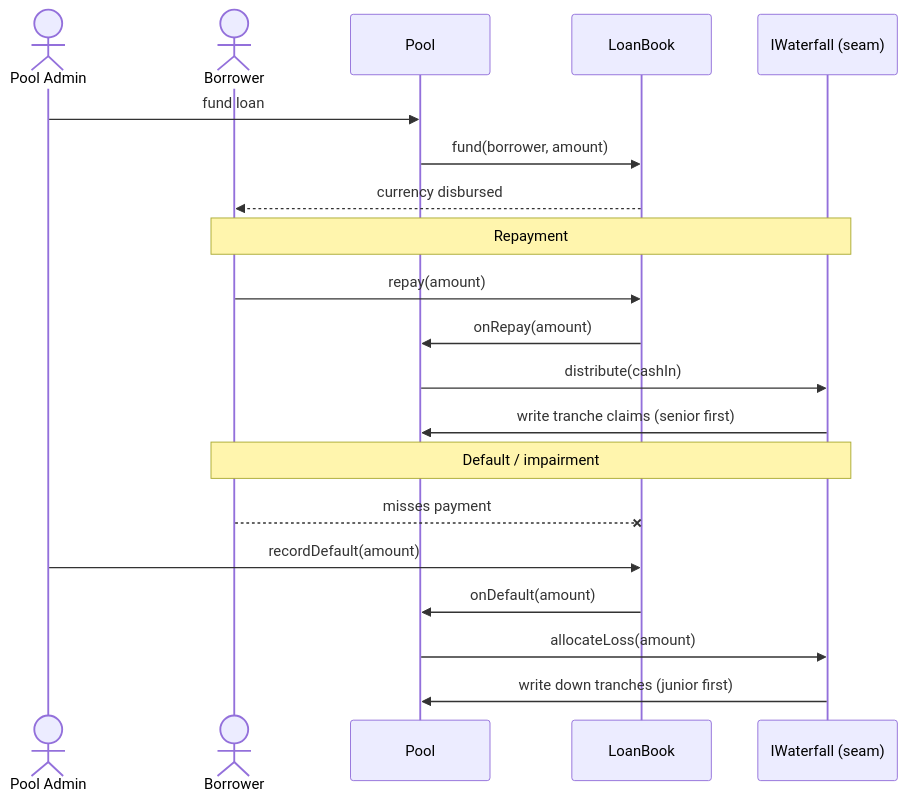
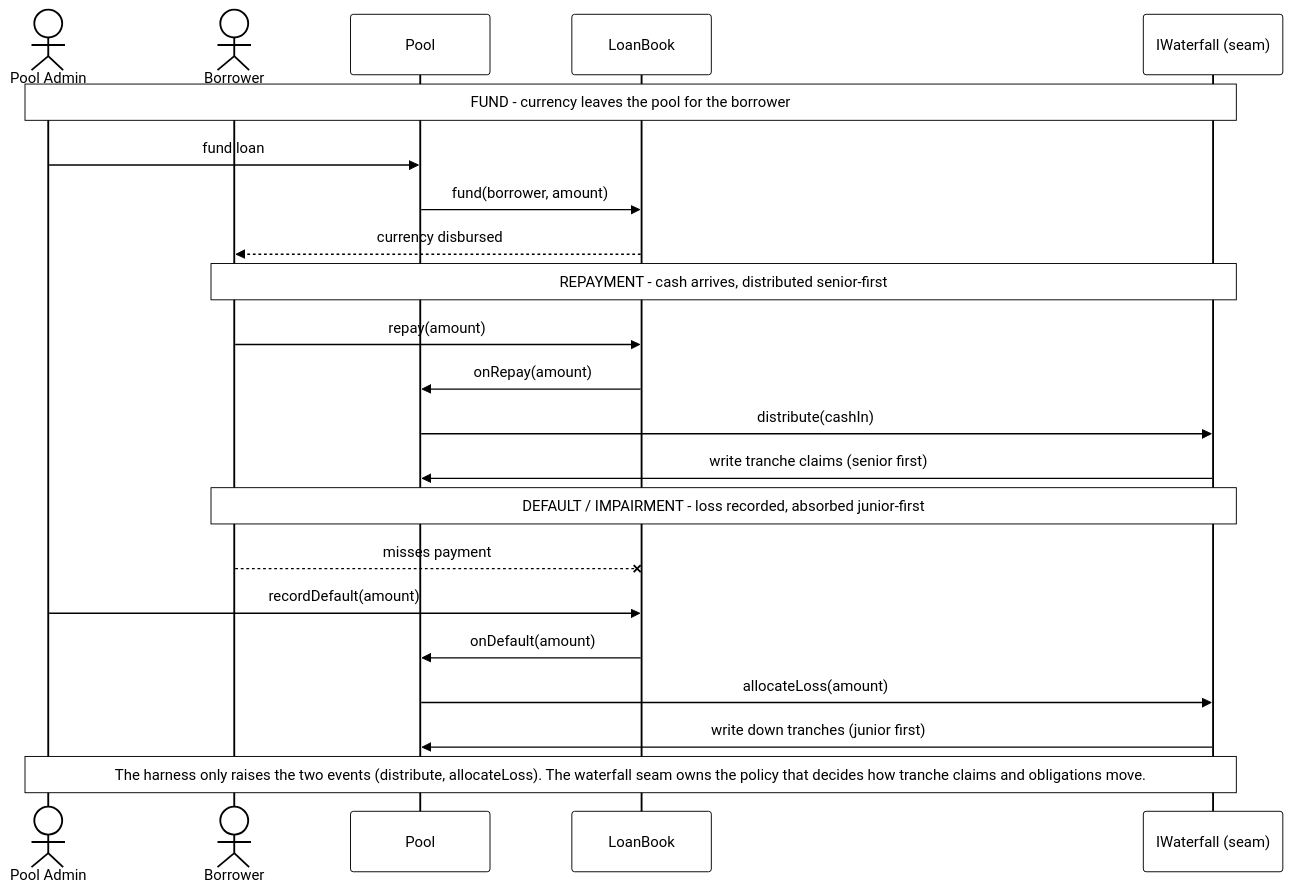
The fifth of 6 diagrams in notes/hooke-centrifuge-overall/harness-architecture.md (saintsama98/Hooke-tranching), drawn with Mermaid before and after one commit. The commit also changed other lines of this file and 15 other files, not shown here.

````diff
--- a/notes/hooke-centrifuge-overall/harness-architecture.md
+++ b/notes/hooke-centrifuge-overall/harness-architecture.md
@@ -151,25 +165,29 @@
 ```mermaid
+%%{init: {'theme':'base','themeVariables':{'primaryColor':'#ffffff','primaryTextColor':'#000000','primaryBorderColor':'#000000','lineColor':'#000000','fontFamily':'monospace','actorBkg':'#ffffff','actorBorder':'#000000','actorTextColor':'#000000','actorLineColor':'#000000','signalColor':'#000000','signalTextColor':'#000000','noteBkgColor':'#ffffff','noteBorderColor':'#000000','noteTextColor':'#000000','labelBoxBkgColor':'#ffffff','labelBoxBorderColor':'#000000','labelTextColor':'#000000','activationBkgColor':'#ffffff','activationBorderColor':'#000000'}}}%%
 sequenceDiagram
   actor ADMIN as Pool Admin
   actor BRW as Borrower
   participant Pool
   participant LoanBook
   participant WF as IWaterfall (seam)
 
+  Note over ADMIN,WF: FUND - currency leaves the pool for the borrower
   ADMIN->>Pool: fund loan
   Pool->>LoanBook: fund(borrower, amount)
   LoanBook-->>BRW: currency disbursed
 
-  Note over BRW,WF: Repayment
+  Note over BRW,WF: REPAYMENT - cash arrives, distributed senior-first
   BRW->>LoanBook: repay(amount)
   LoanBook->>Pool: onRepay(amount)
   Pool->>WF: distribute(cashIn)
   WF->>Pool: write tranche claims (senior first)
 
-  Note over BRW,WF: Default / impairment
+  Note over BRW,WF: DEFAULT / IMPAIRMENT - loss recorded, absorbed junior-first
   BRW--xLoanBook: misses payment
   ADMIN->>LoanBook: recordDefault(amount)
   LoanBook->>Pool: onDefault(amount)
   Pool->>WF: allocateLoss(amount)
   WF->>Pool: write down tranches (junior first)
+
+  Note over ADMIN,WF: The harness only raises the two events (distribute, allocateLoss). The waterfall seam owns the policy that decides how tranche claims and obligations move.
 ```
````
